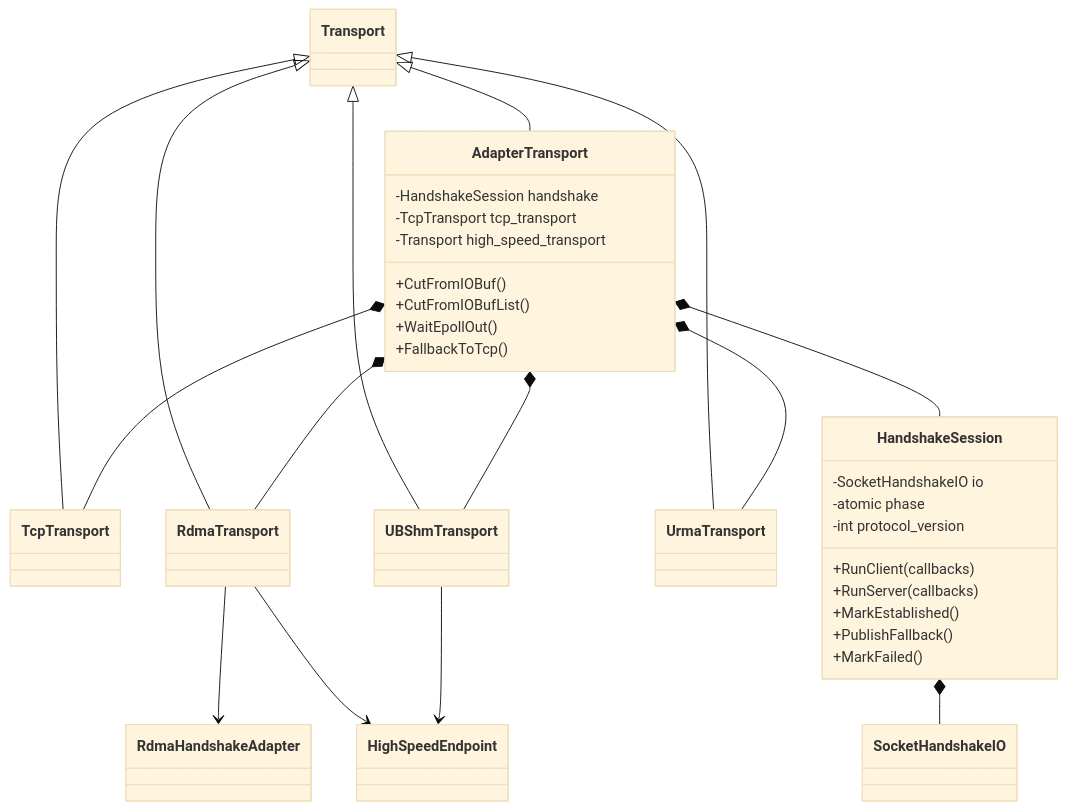
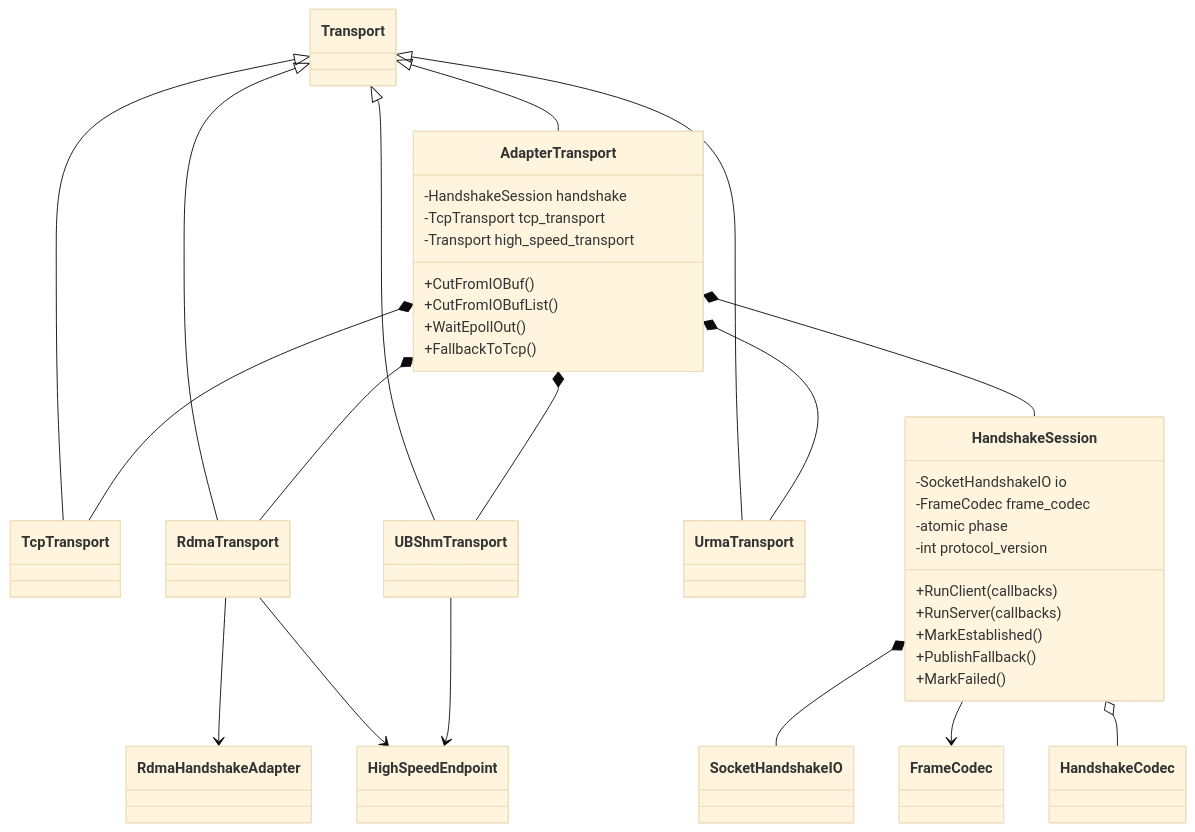
Before and after one commit to LinQuickDev/brpc: the fifth of 5 diagrams in docs/cn/handshake_common_design.md, drawn with Mermaid (base theme). The commit also changed other lines of this file and 17 other files, not shown here.

Commit message:
Move handshake codecs into common session

````diff
--- a/docs/cn/handshake_common_design.md
+++ b/docs/cn/handshake_common_design.md
@@ -722,44 +712,49 @@
 ```mermaid
 classDiagram
     class Transport
     class TcpTransport
     class AdapterTransport {
         -HandshakeSession handshake
         -TcpTransport tcp_transport
         -Transport high_speed_transport
         +CutFromIOBuf()
         +CutFromIOBufList()
         +WaitEpollOut()
         +FallbackToTcp()
     }
     class HandshakeSession {
         -SocketHandshakeIO io
+        -FrameCodec frame_codec
         -atomic phase
         -int protocol_version
         +RunClient(callbacks)
         +RunServer(callbacks)
         +MarkEstablished()
         +PublishFallback()
         +MarkFailed()
     }
     class RdmaTransport
     class RdmaHandshakeAdapter
+    class HandshakeCodec
+    class FrameCodec
     class UrmaTransport
     class UBShmTransport
     class HighSpeedEndpoint
 
     Transport <|-- TcpTransport
     Transport <|-- AdapterTransport
     Transport <|-- RdmaTransport
     Transport <|-- UrmaTransport
     Transport <|-- UBShmTransport
     AdapterTransport *-- TcpTransport
     AdapterTransport *-- RdmaTransport
     AdapterTransport *-- UrmaTransport
     AdapterTransport *-- UBShmTransport
     AdapterTransport *-- HandshakeSession
     HandshakeSession *-- SocketHandshakeIO
+    HandshakeSession --> FrameCodec
+    HandshakeSession o-- HandshakeCodec
     RdmaTransport --> RdmaHandshakeAdapter
     RdmaTransport --> HighSpeedEndpoint
     UBShmTransport --> HighSpeedEndpoint
 ```
````
